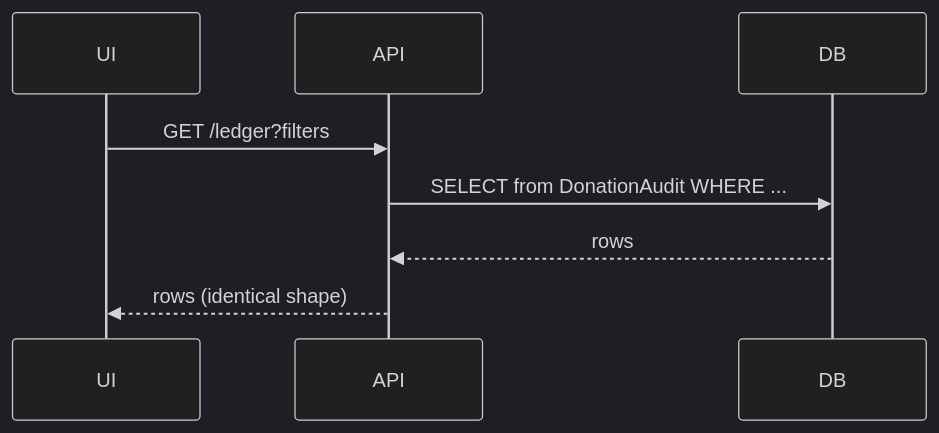
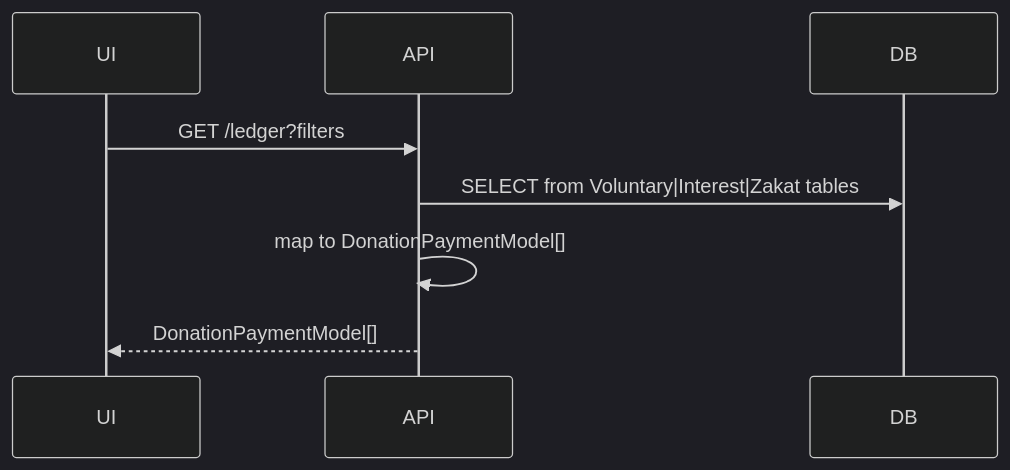
Before and after one commit to ab1303/my-financials-nextjs: the third of 4 diagrams in spec/technical_debt/donationpayment-repurpose.md, drawn with Mermaid (dark theme). The commit also changed other lines of this file and 10 other files, not shown here.

First line of the commit message:
Refactor donation payment model into purpose-specific structures

````diff
--- a/spec/technical_debt/donationpayment-repurpose.md
+++ b/spec/technical_debt/donationpayment-repurpose.md
@@ -163,11 +115,11 @@
 ```mermaid
 sequenceDiagram
   participant UI
   participant API
   participant DB
 
   UI->>API: GET /ledger?filters
-  API->>DB: SELECT from DonationAudit WHERE ...
-  DB-->>API: rows
-  API-->>UI: rows (identical shape)
+  API->>DB: SELECT from Voluntary|Interest|Zakat tables
+  API->>API: map to DonationPaymentModel[]
+  API-->>UI: DonationPaymentModel[]
 ```
````
